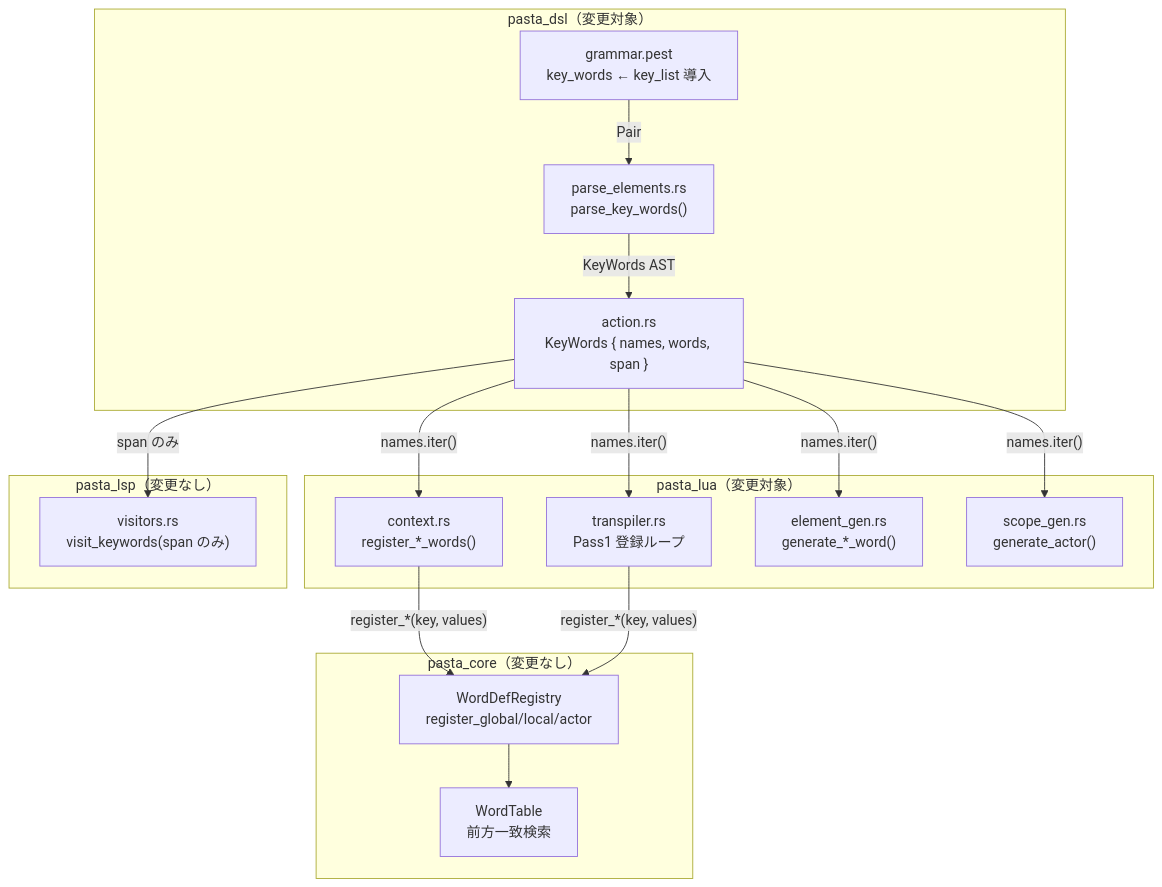
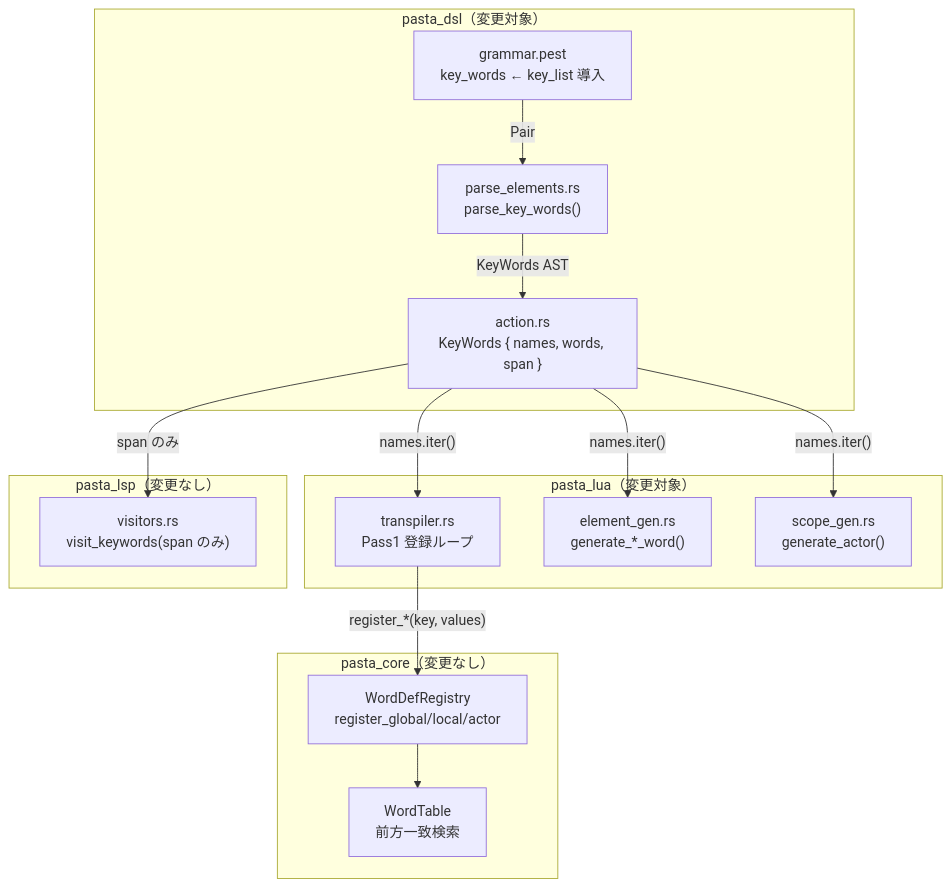
Before and after one commit to ekicyou/pasta: the first of 3 diagrams in .kiro/specs/word-multi-key/design.md, drawn with Mermaid. The commit also changed other lines of this file and 1 other file, not shown here.

First line of the commit message:
refactor(spec): register_*_words()ヘルパー削除方針を設計に反映

````diff
--- a/.kiro/specs/word-multi-key/design.md
+++ b/.kiro/specs/word-multi-key/design.md
@@ -47,35 +47,32 @@
 ```mermaid
 graph TD
     subgraph pasta_dsl["pasta_dsl（変更対象）"]
         PEG["grammar.pest<br/>key_words ← key_list 導入"]
         Parser["parse_elements.rs<br/>parse_key_words()"]
         AST["action.rs<br/>KeyWords { names, words, span }"]
     end
 
     subgraph pasta_lua["pasta_lua（変更対象）"]
-        CTX["context.rs<br/>register_*_words()"]
         TR["transpiler.rs<br/>Pass1 登録ループ"]
         EG["element_gen.rs<br/>generate_*_word()"]
         SG["scope_gen.rs<br/>generate_actor()"]
     end
 
     subgraph pasta_core["pasta_core（変更なし）"]
         WR["WordDefRegistry<br/>register_global/local/actor"]
         WT["WordTable<br/>前方一致検索"]
     end
 
     subgraph pasta_lsp["pasta_lsp（変更なし）"]
         VIS["visitors.rs<br/>visit_keywords(span のみ)"]
     end
 
     PEG -->|"Pair<Rule>"| Parser
     Parser -->|"KeyWords AST"| AST
-    AST -->|"names.iter()"| CTX
     AST -->|"names.iter()"| TR
     AST -->|"names.iter()"| EG
     AST -->|"names.iter()"| SG
-    CTX -->|"register_*(key, values)"| WR
     TR -->|"register_*(key, values)"| WR
     WR --> WT
     AST -->|"span のみ"| VIS
 ```
````
